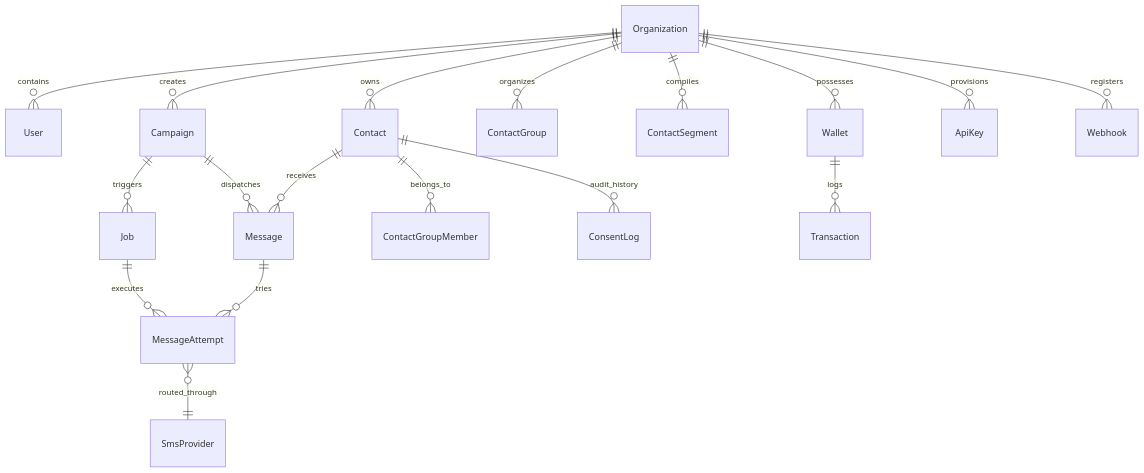
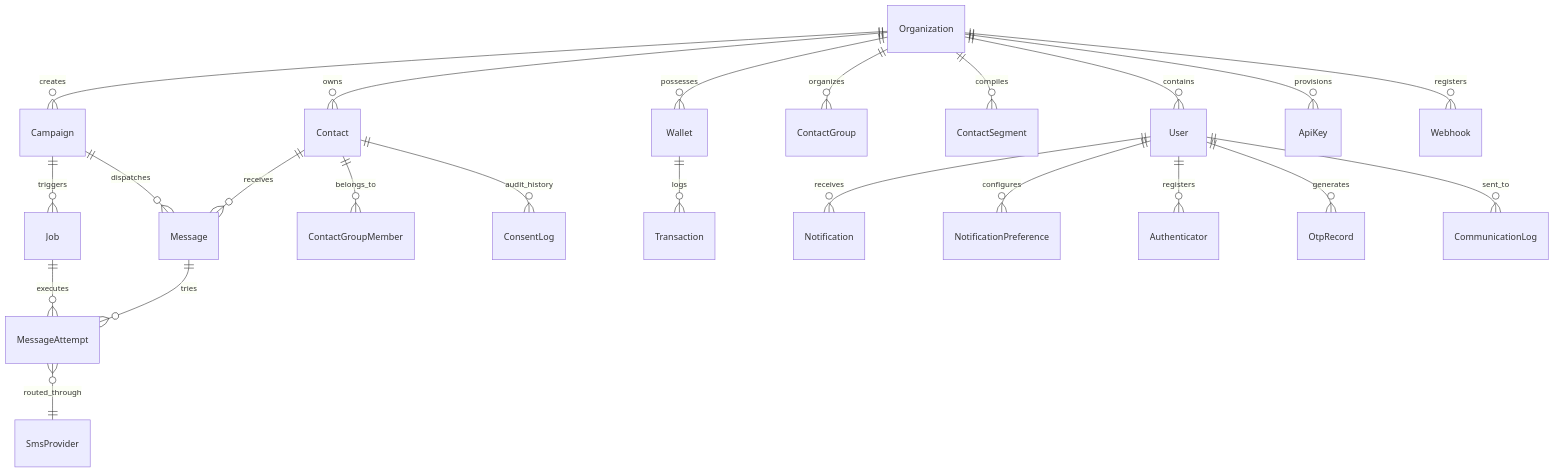
The fifth of 6 diagrams in SYSTEM_ARCHITECTURE_AND_SPECIFICATION.md (rangeviewtech/range-bulk-sms), drawn with Mermaid before and after one commit. The commit also changed other lines of this file and 80 other files, not shown here.

````diff
--- a/SYSTEM_ARCHITECTURE_AND_SPECIFICATION.md
+++ b/SYSTEM_ARCHITECTURE_AND_SPECIFICATION.md
@@ -581,24 +762,30 @@
 ```mermaid
 erDiagram
     Organization ||--o{ User : contains
     Organization ||--o{ Campaign : creates
     Organization ||--o{ Contact : owns
     Organization ||--o{ ContactGroup : organizes
     Organization ||--o{ ContactSegment : compiles
     Organization ||--o{ Wallet : possesses
     Organization ||--o{ ApiKey : provisions
     Organization ||--o{ Webhook : registers
 
     Campaign ||--o{ Message : dispatches
     Campaign ||--o{ Job : triggers
 
     Contact ||--o{ ContactGroupMember : belongs_to
     Contact ||--o{ ConsentLog : audit_history
     Contact ||--o{ Message : receives
 
     Wallet ||--o{ Transaction : logs
 
     Job ||--o{ MessageAttempt : executes
     Message ||--o{ MessageAttempt : tries
     MessageAttempt }o--|| SmsProvider : routed_through
+
+    User ||--o{ Notification : receives
+    User ||--o{ NotificationPreference : configures
+    User ||--o{ Authenticator : registers
+    User ||--o{ OtpRecord : generates
+    User ||--o{ CommunicationLog : sent_to
 ```
````
